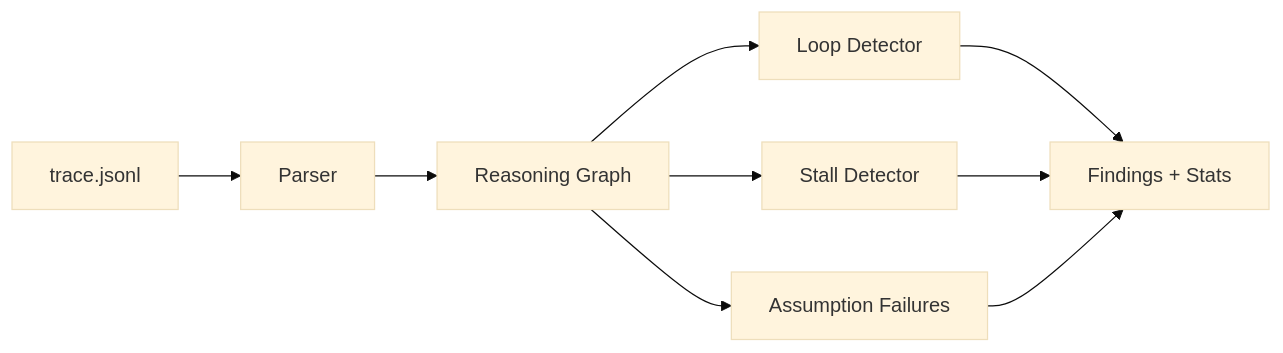
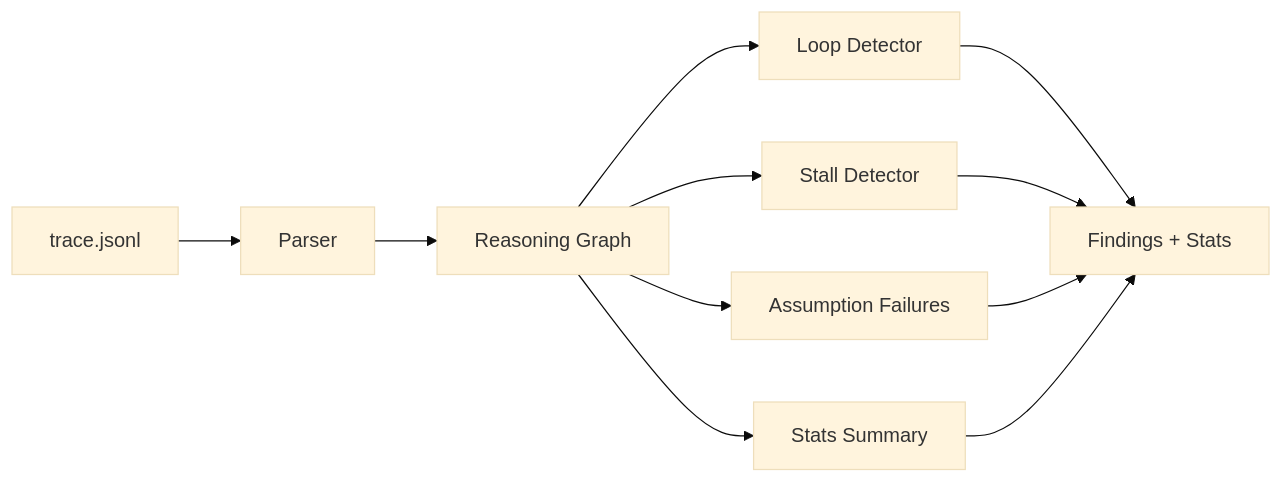
Before and after one commit to medthemed/agent-trace-map: the diagram in README.md, drawn with Mermaid (base theme). The commit also changed other lines of this file, not shown here.

````diff
--- a/README.md
+++ b/README.md
@@ -12,11 +16,13 @@
 ```mermaid
 flowchart LR
     A[trace.jsonl] --> B[Parser]
     B --> C[Reasoning Graph]
     C --> D[Loop Detector]
     C --> E[Stall Detector]
     C --> F[Assumption Failures]
+    C --> H[Stats Summary]
     D --> G[Findings + Stats]
     E --> G
     F --> G
+    H --> G
 ```
````
